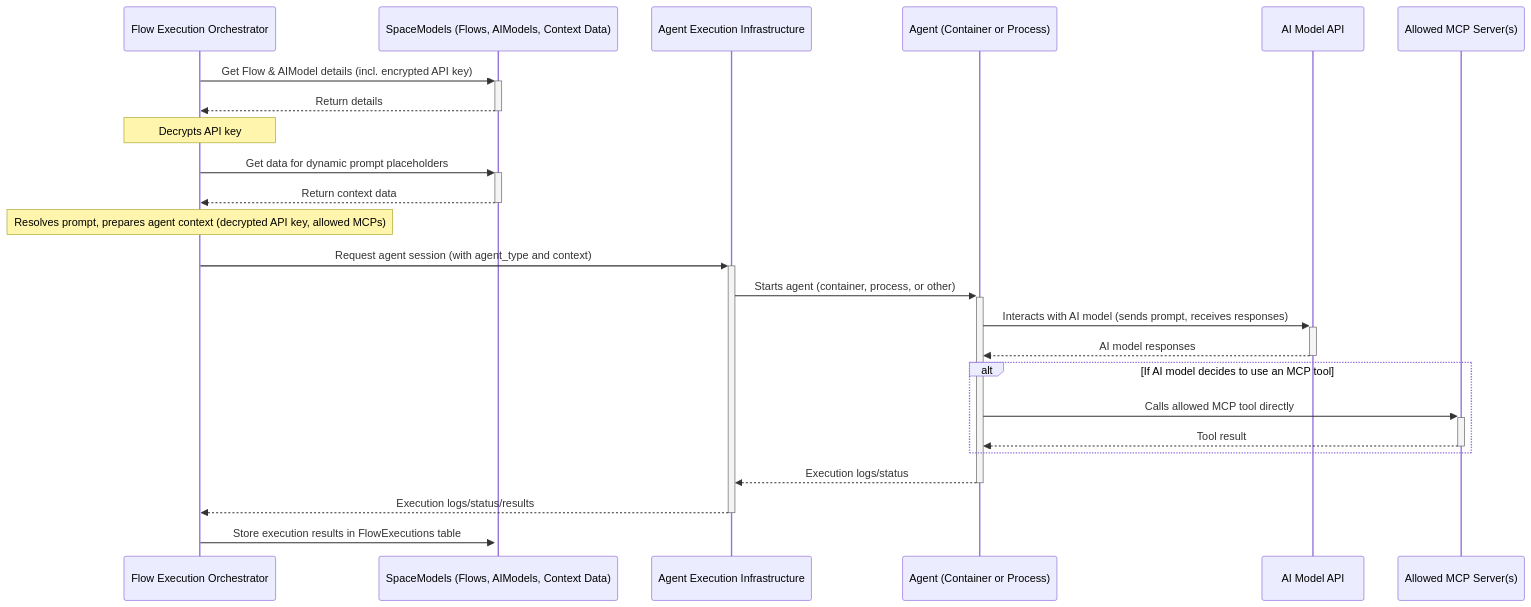
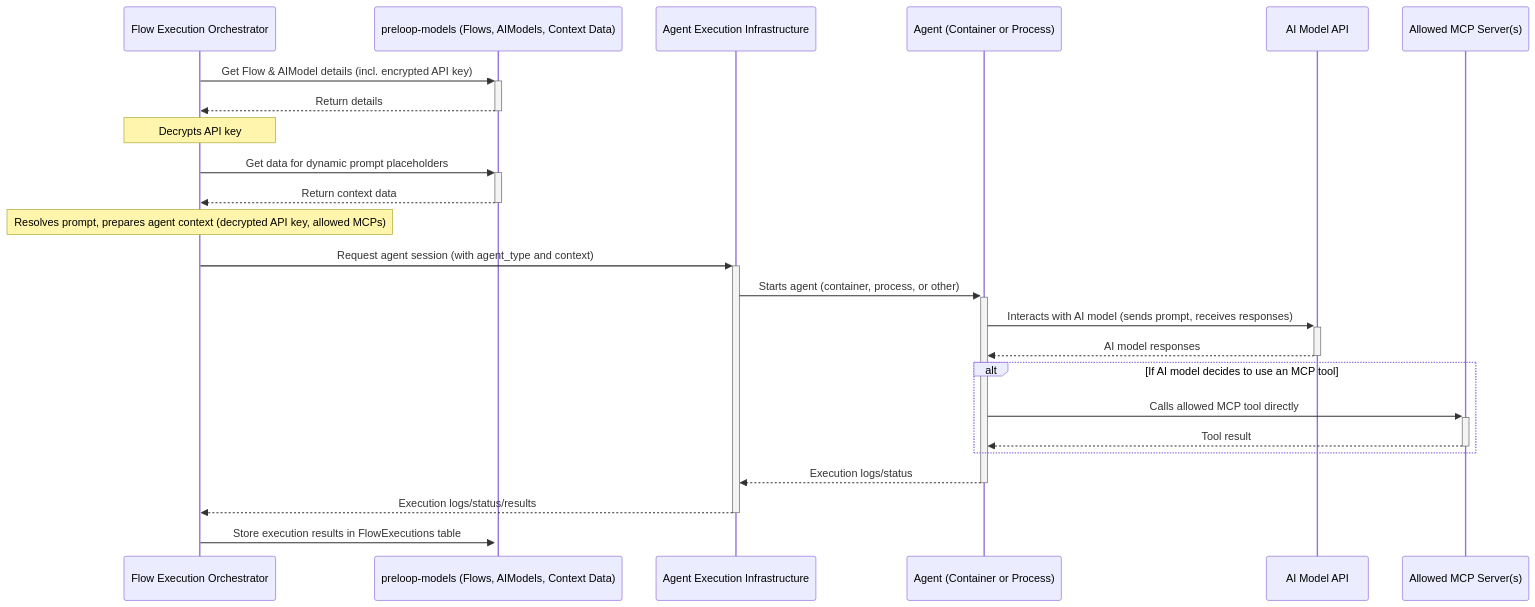
The sixth of 7 diagrams in ARCHITECTURE.md (GiorgosAlexakis/preloop), drawn with Mermaid before and after one commit. The commit also changed other lines of this file and 9 other files, not shown here.

````diff
--- a/ARCHITECTURE.md
+++ b/ARCHITECTURE.md
@@ -683,27 +683,27 @@
 ```mermaid
 sequenceDiagram
     participant FlowExecOrch as Flow Execution Orchestrator
-    participant ModelsDB as SpaceModels (Flows, AIModels, Context Data)
+    participant ModelsDB as preloop-models (Flows, AIModels, Context Data)
     participant AgentInfra as Agent Execution Infrastructure
     participant Agent as Agent (Container or Process)
     participant AIModel_API as AI Model API
     participant MCP_Srv as Allowed MCP Server(s)
 
     FlowExecOrch->>+ModelsDB: Get Flow & AIModel details (incl. encrypted API key)
     ModelsDB-->>-FlowExecOrch: Return details
     Note over FlowExecOrch: Decrypts API key
     FlowExecOrch->>+ModelsDB: Get data for dynamic prompt placeholders
     ModelsDB-->>-FlowExecOrch: Return context data
     Note over FlowExecOrch: Resolves prompt, prepares agent context (decrypted API key, allowed MCPs)
     FlowExecOrch->>+AgentInfra: Request agent session (with agent_type and context)
     AgentInfra->>+Agent: Starts agent (container, process, or other)
     Agent->>+AIModel_API: Interacts with AI model (sends prompt, receives responses)
     AIModel_API-->>-Agent: AI model responses
     alt If AI model decides to use an MCP tool
         Agent->>+MCP_Srv: Calls allowed MCP tool directly
         MCP_Srv-->>-Agent: Tool result
     end
     Agent-->>-AgentInfra: Execution logs/status
     AgentInfra-->>-FlowExecOrch: Execution logs/status/results
     FlowExecOrch->>+ModelsDB: Store execution results in FlowExecutions table
 ```
````
